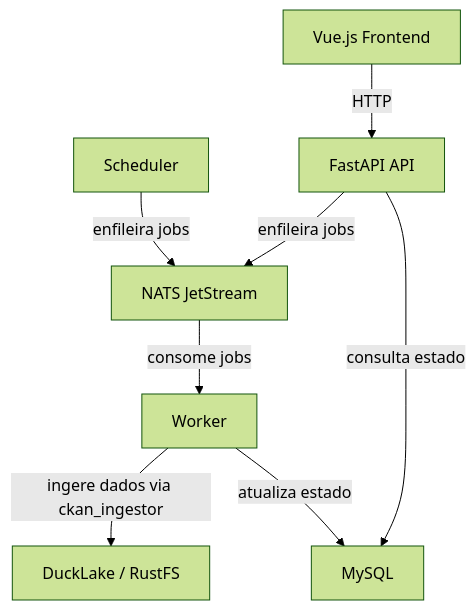
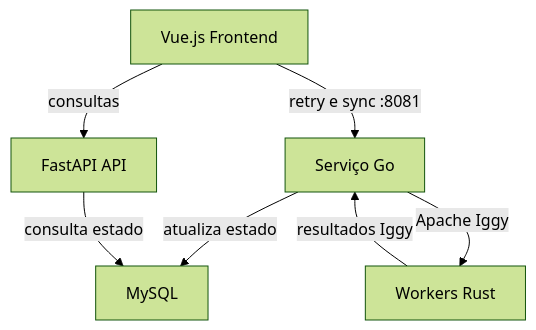
The diagram in ingestor_orchestrator/README.md (DadosAbertosBH/ckan-ingestor), drawn with Mermaid (forest theme) before and after one commit. The commit also changed other lines of this file and 64 other files, not shown here.

````diff
--- a/ingestor_orchestrator/README.md
+++ b/ingestor_orchestrator/README.md
@@ -7,10 +9,9 @@
 ```mermaid
 graph TD
-    A[Vue.js Frontend]:::accent0 -->|HTTP| B[FastAPI API]:::accent1
-    C[Scheduler]:::accent2 -->|enfileira jobs| D[NATS JetStream]:::accent3
-    B -->|enfileira jobs| D
-    D -->|consome jobs| E[Worker]:::accent4
-    E -->|ingere dados via ckan_ingestor| F[DuckLake / RustFS]:::accent5
-    E -->|atualiza estado| G[MySQL]:::accent6
+    A[Vue.js Frontend]:::accent0 -->|consultas| B[FastAPI API]:::accent1
+    A -->|retry e sync :8081| C[Serviço Go]:::accent2
+    C -->|Apache Iggy| D[Workers Rust]:::accent3
+    D -->|resultados Iggy| C
+    C -->|atualiza estado| G[MySQL]:::accent6
     B -->|consulta estado| G
 ```
````
